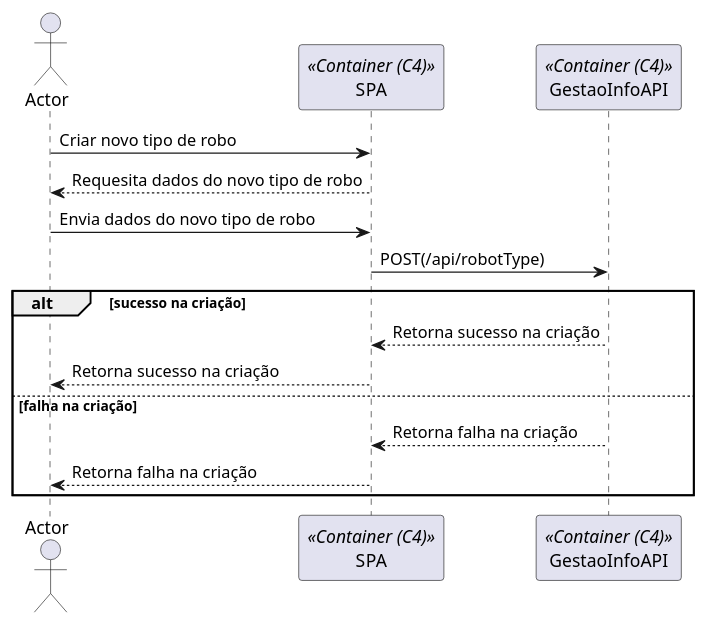
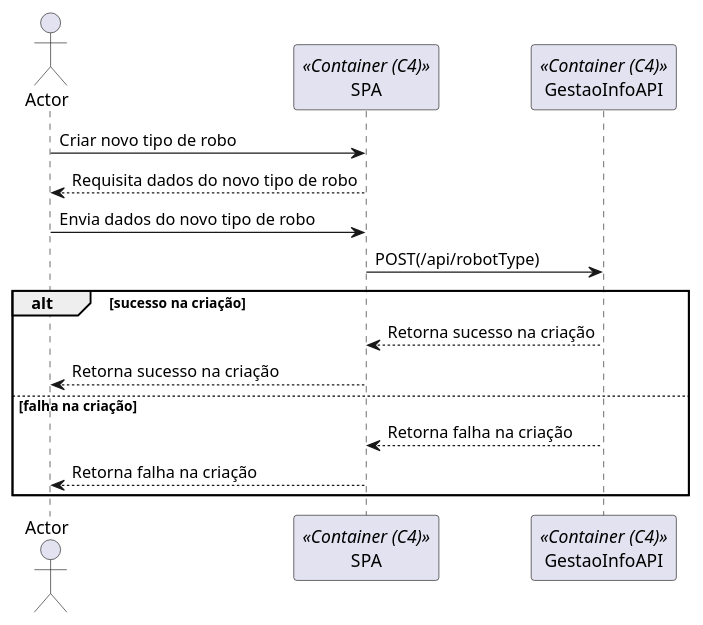
One commit to ruben1132/PI5_23-24 changed the diagram in docs/nivel2/N2_US350.puml. Above: the diagram before and after it, drawn with PlantUML. The commit also changed 8 other files, not shown here.

```diff
--- a/docs/nivel2/N2_US350.puml
+++ b/docs/nivel2/N2_US350.puml
@@ -1,22 +1,22 @@
 @startuml
 
 actor Actor as Actor
 participant "SPA" as Container <<Container (C4)>>
 participant "GestaoInfoAPI" as API <<Container (C4)>>
 
 Actor -> Container: Criar novo tipo de robo
-Container --> Actor: Requesita dados do novo tipo de robo
+Container --> Actor: Requisita dados do novo tipo de robo
 
 Actor -> Container: Envia dados do novo tipo de robo
 
 Container -> API: POST(/api/robotType)
 
 alt sucesso na criação
     API --> Container: Retorna sucesso na criação
     Container --> Actor: Retorna sucesso na criação
 else falha na criação
     API --> Container: Retorna falha na criação
     Container --> Actor: Retorna falha na criação
 end
 
 @enduml
```
